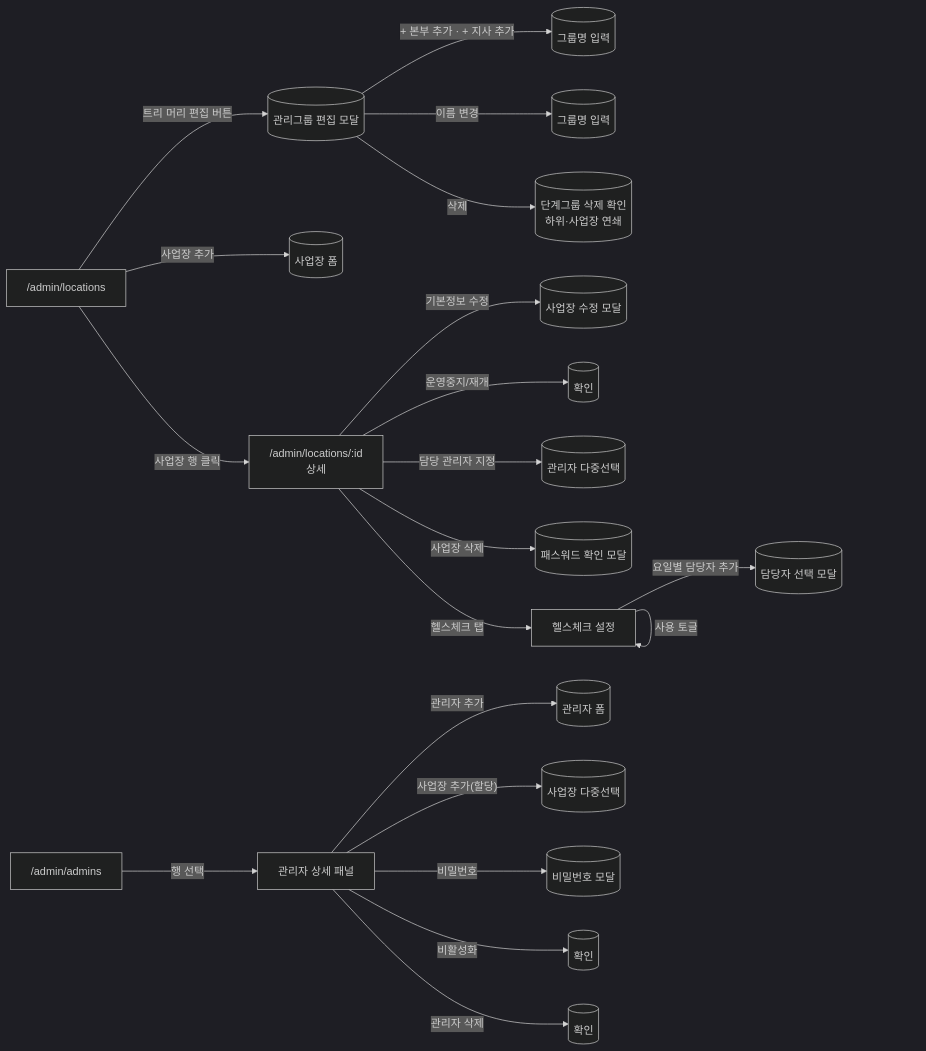
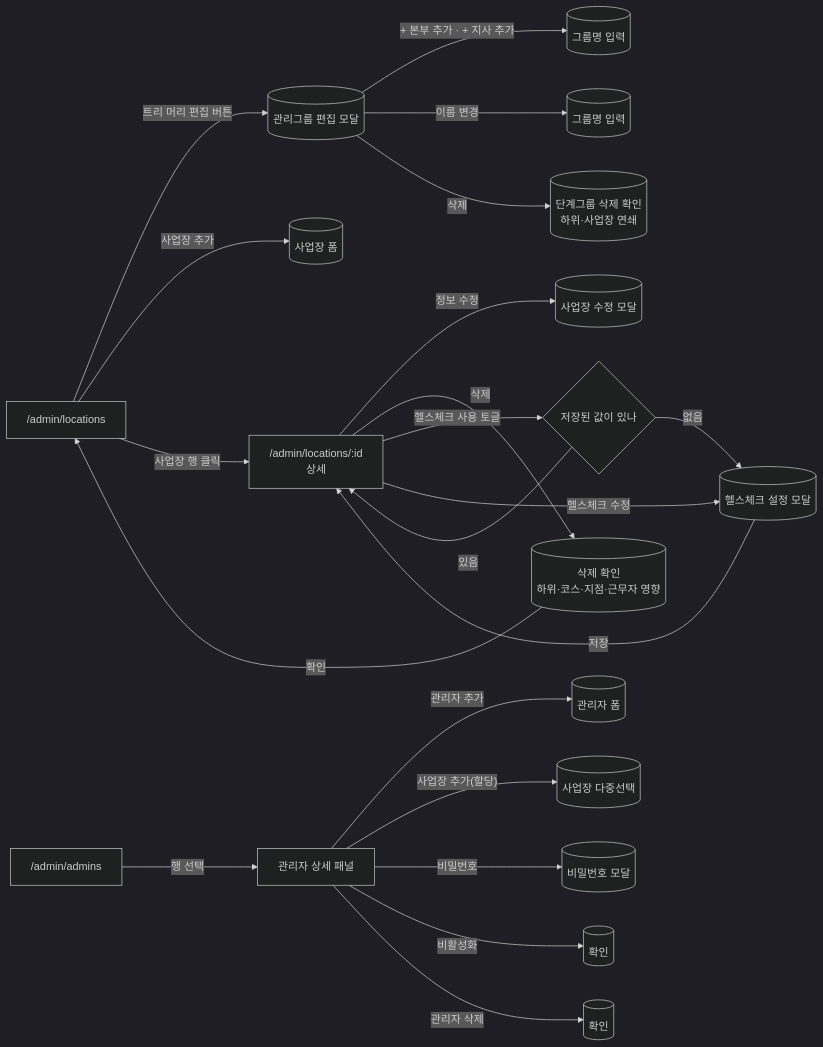
Before and after one commit to S-Tec-System-R-D/s-patrol_fe: the tenth of 15 diagrams in docs/flow.md, drawn with Mermaid. The commit also changed other lines of this file and 6 other files, not shown here.

Commit message:
docs : spec 044 — 문서 동기화(CLAUDE.md 에러 4종 · screens · flow · data-model · roadmap) · DoD 19/19 · 이월 (T811~T814)

````diff
--- a/docs/flow.md
+++ b/docs/flow.md
@@ -285,27 +285,28 @@
 ```mermaid
 %%{init: {'theme':'dark'}}%%
 flowchart LR
     LL["/admin/locations"] -- "트리 머리 편집 버튼" --> GEditM[(관리그룹 편집 모달)]
     GEditM -- "+ 본부 추가 · + 지사 추가" --> GAdd[(그룹명 입력)]
     GEditM -- "이름 변경" --> GEdit[(그룹명 입력)]
     GEditM -- "삭제" --> GDel[("단계그룹 삭제 확인<br/>하위·사업장 연쇄")]
 
     LL -- "사업장 추가" --> SAdd[(사업장 폼)]
     LL -- 사업장 행 클릭 --> LD["/admin/locations/:id<br/>상세"]
 
-    LD -- "기본정보 수정" --> SEdit[(사업장 수정 모달)]
-    LD -- "운영중지/재개" --> Conf1[(확인)]
-    LD -- "담당 관리자 지정" --> AAssign[(관리자 다중선택)]
-    LD -- "사업장 삭제" --> SDel[(패스워드 확인 모달)]
+    LD -- "정보 수정" --> SEdit[(사업장 수정 모달)]
+    LD -- "삭제" --> SDel[("삭제 확인<br/>하위·코스·지점·근무자 영향")]
+    SDel -- 확인 --> LL
 
-    LD -- "헬스체크 탭" --> LH[헬스체크 설정]
-    LH -- "사용 토글" --> LH
-    LH -- "요일별 담당자 추가" --> AddCnt[(담당자 선택 모달)]
+    LD -- "헬스체크 사용 토글" --> LH{"저장된 값이 있나"}
+    LH -- 있음 --> LD
+    LH -- "없음" --> HForm[(헬스체크 설정 모달)]
+    LD -- "헬스체크 수정" --> HForm
+    HForm -- 저장 --> LD
 
     AA["/admin/admins"] -- 행 선택 --> AD[관리자 상세 패널]
     AD -- "관리자 추가" --> AForm[(관리자 폼)]
     AD -- "사업장 추가(할당)" --> ASite[(사업장 다중선택)]
     AD -- "비밀번호" --> APwd[(비밀번호 모달)]
     AD -- "비활성화" --> Conf2[(확인)]
     AD -- "관리자 삭제" --> Conf3[(확인)]
 ```
````
